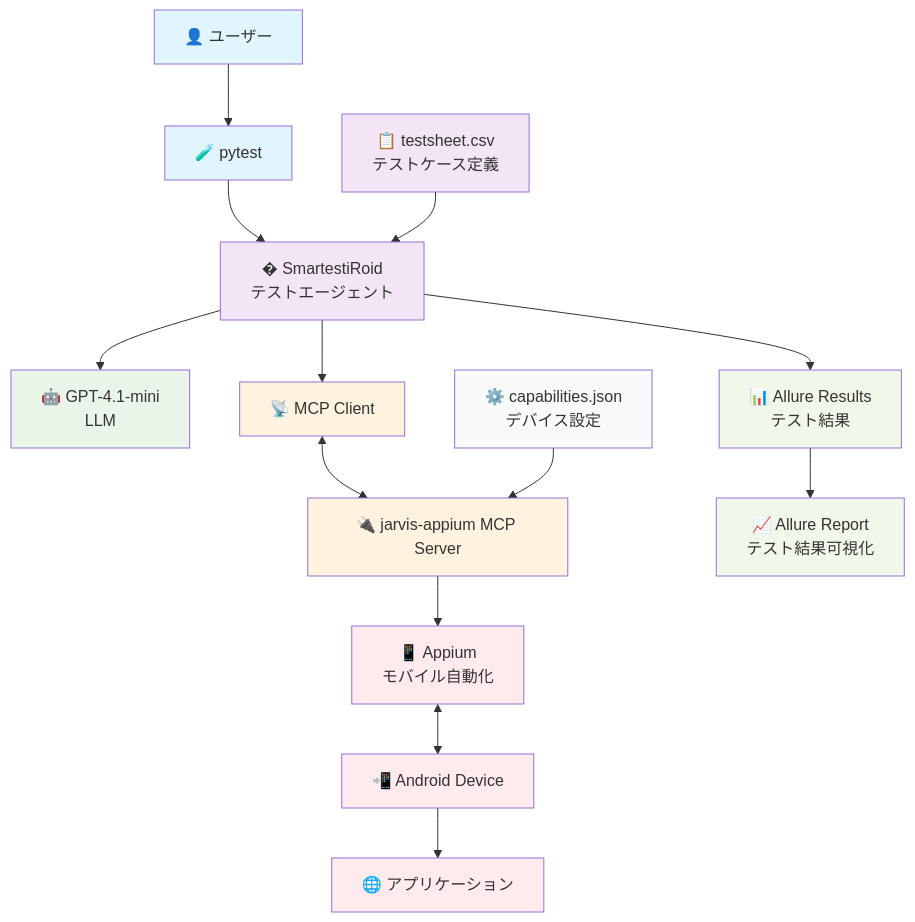
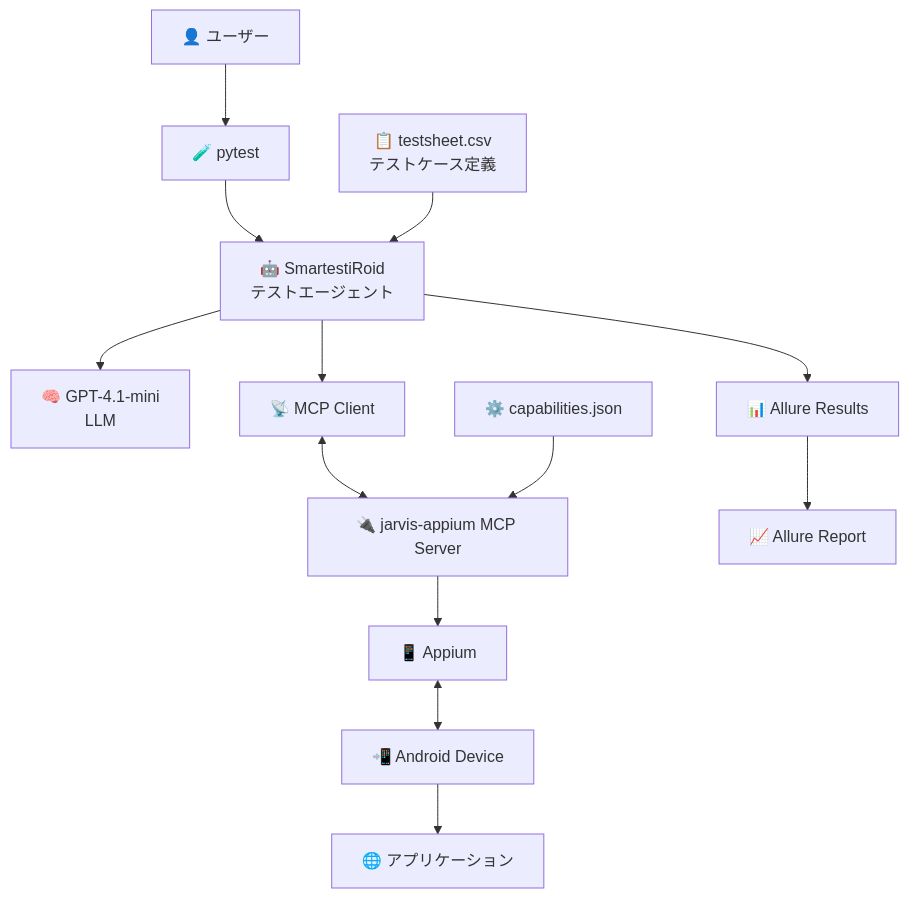
One commit to aRaikoFunakami/smartestiroid changed the diagram in README.md. Above: the diagram before and after it, drawn with Mermaid. The commit also changed other lines of this file, not shown here.

````diff
--- a/README.md
+++ b/README.md
@@ -7,66 +23,45 @@
 ```mermaid
 graph TB
     %% ユーザー・テスト実行層
     User[👤 ユーザー]
     Pytest[🧪 pytest]
     
     %% テストデータ
     CSV[📋 testsheet.csv<br/>テストケース定義]
     
     %% メインテストシステム
-    SmartestiRoid[� SmartestiRoid<br/>テストエージェント<br/>]
+    SmartestiRoid[🤖 SmartestiRoid<br/>テストエージェント]
     
     %% AI・プランニング層
-    LLM[🤖 GPT-4.1-mini<br/>LLM]
+    LLM[🧠 GPT-4.1-mini<br/>LLM]
     
     %% MCP通信層
     MCPClient[📡 MCP Client]
     MCPServer[🔌 jarvis-appium MCP Server]
     
     %% Android操作層
-    Appium[📱 Appium<br/>モバイル自動化]
+    Appium[📱 Appium]
     AndroidDevice[📲 Android Device]
     ChromeApp[🌐 アプリケーション]
     
     %% レポート・結果出力
-    Allure[📊 Allure Results<br/>テスト結果]
-    Report[📈 Allure Report<br/>テスト結果可視化]
+    Allure[📊 Allure Results]
+    Report[📈 Allure Report]
     
     %% 設定ファイル
-    Capabilities[⚙️ capabilities.json<br/>デバイス設定]
-    
+    Capabilities[⚙️ capabilities.json]
+
     %% フロー定義
     User --> Pytest
     Pytest --> SmartestiRoid
     CSV --> SmartestiRoid
-    
     SmartestiRoid --> LLM
     SmartestiRoid --> MCPClient
-    
     MCPClient <--> MCPServer
     MCPServer --> Appium
     Capabilities --> MCPServer
-    
     Appium <--> AndroidDevice
     AndroidDevice --> ChromeApp
-    
     SmartestiRoid --> Allure
     Allure --> Report
-    
-    %% スタイリング
-    classDef userLayer fill:#e1f5fe
-    classDef testLayer fill:#f3e5f5
-    classDef aiLayer fill:#e8f5e8
-    classDef mcpLayer fill:#fff3e0
-    classDef deviceLayer fill:#ffebee
-    classDef reportLayer fill:#f1f8e9
-    classDef configLayer fill:#fafafa
-    
-    class User,Pytest userLayer
-    class CSV,SmartestiRoid testLayer
-    class LLM aiLayer
-    class MCPClient,MCPServer mcpLayer
-    class Appium,AndroidDevice,ChromeApp deviceLayer
-    class Allure,Report reportLayer
-    class Capabilities configLayer
 ```
````
